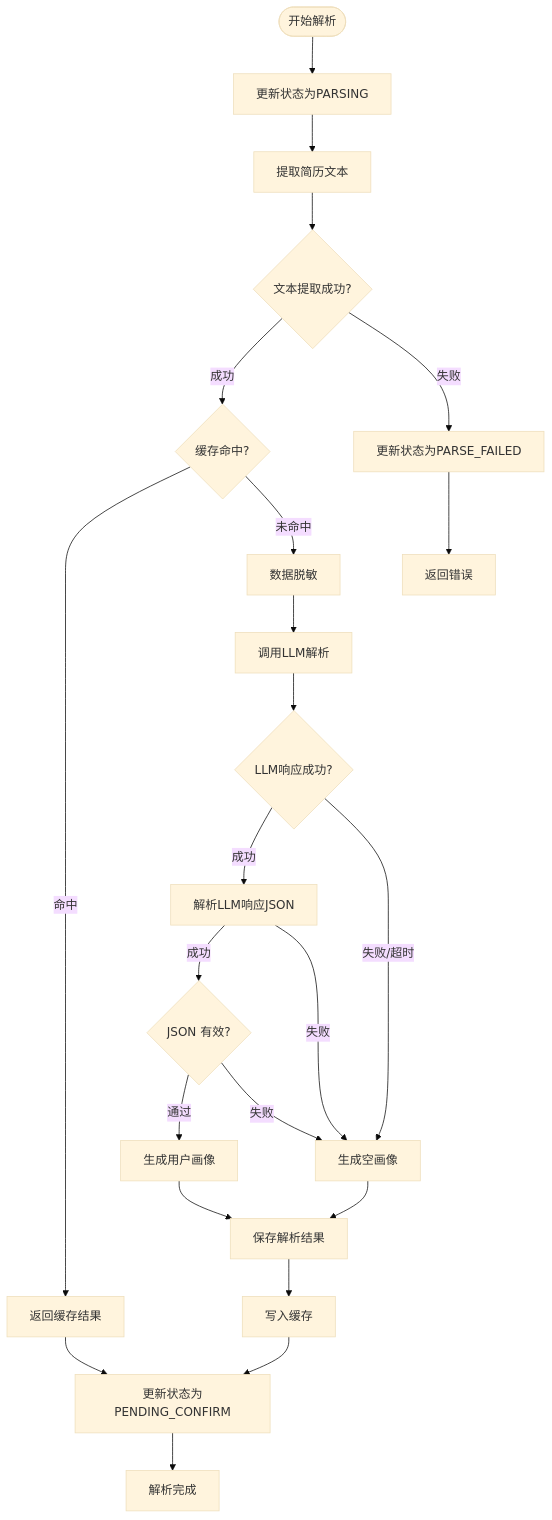
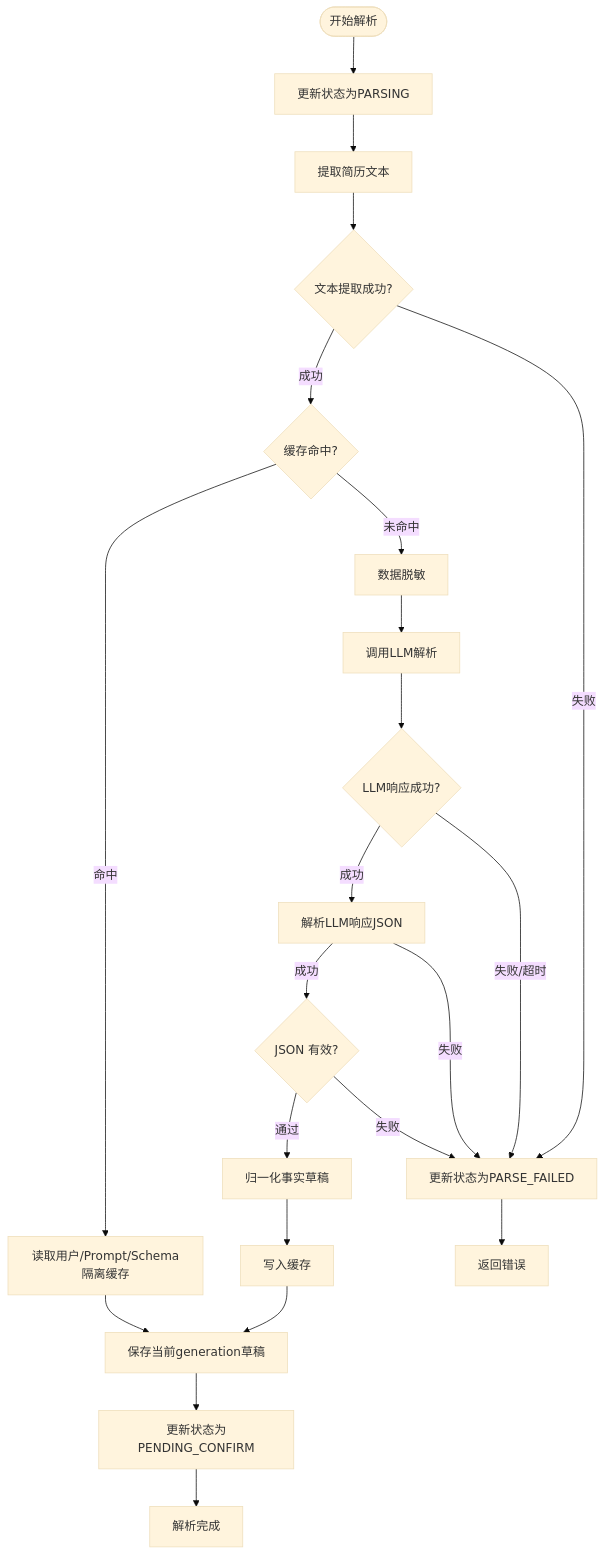
The second of 8 diagrams in docs/design/resume-module.md (wanzhihuiha/interview-coach), drawn with Mermaid (base theme) before and after one commit. The commit also changed other lines of this file and 5 other files, not shown here.

````diff
--- a/docs/design/resume-module.md
+++ b/docs/design/resume-module.md
@@ -494,52 +625,50 @@
 ```mermaid
 flowchart TD
     Start([开始解析])
     UpdateParsing[更新状态为PARSING]
     ExtractText[提取简历文本]
     CheckText{文本提取成功?}
     CheckCache{缓存命中?}
-    ReturnCache[返回缓存结果]
+    ReturnCache[读取用户/Prompt/Schema隔离缓存]
     Desensitize[数据脱敏]
     CallLLM[调用LLM解析]
     LLMResponse{LLM响应成功?}
     ParseJson[解析LLM响应JSON]
     JsonValid{JSON 有效?}
-    GenerateProfile[生成用户画像]
-    EmptyProfile[生成空画像]
-    SaveResult[保存解析结果]
+    GenerateProfile[归一化事实草稿]
+    SaveResult[保存当前generation草稿]
     SaveCache[写入缓存]
     UpdateConfirm[更新状态为PENDING_CONFIRM]
     ReturnSuccess[解析完成]
     UpdateFailed[更新状态为PARSE_FAILED]
     ReturnError[返回错误]
 
     Start --> UpdateParsing
     UpdateParsing --> ExtractText
     ExtractText --> CheckText
 
     CheckText -->|成功| CheckCache
     CheckText -->|失败| UpdateFailed
     UpdateFailed --> ReturnError
 
     CheckCache -->|命中| ReturnCache
     CheckCache -->|未命中| Desensitize
-    ReturnCache --> UpdateConfirm
+    ReturnCache --> SaveResult
 
     Desensitize --> CallLLM
     CallLLM --> LLMResponse
 
     LLMResponse -->|成功| ParseJson
-    LLMResponse -->|失败/超时| EmptyProfile
+    LLMResponse -->|失败/超时| UpdateFailed
 
     ParseJson -->|成功| JsonValid
-    ParseJson -->|失败| EmptyProfile
+    ParseJson -->|失败| UpdateFailed
 
     JsonValid -->|通过| GenerateProfile
-    JsonValid -->|失败| EmptyProfile
+    JsonValid -->|失败| UpdateFailed
 
-    GenerateProfile --> SaveResult
-    EmptyProfile --> SaveResult
-    SaveResult --> SaveCache
-    SaveCache --> UpdateConfirm
+    GenerateProfile --> SaveCache
+    SaveCache --> SaveResult
+    SaveResult --> UpdateConfirm
     UpdateConfirm --> ReturnSuccess
 ```
````
